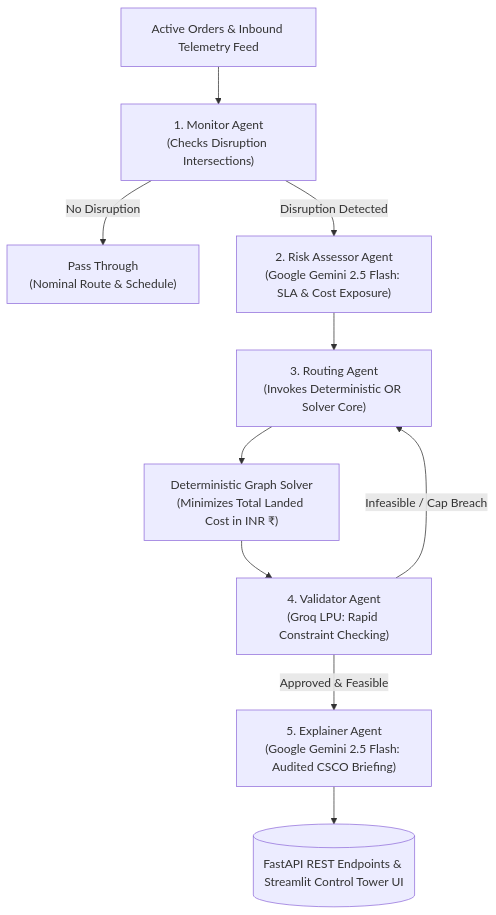
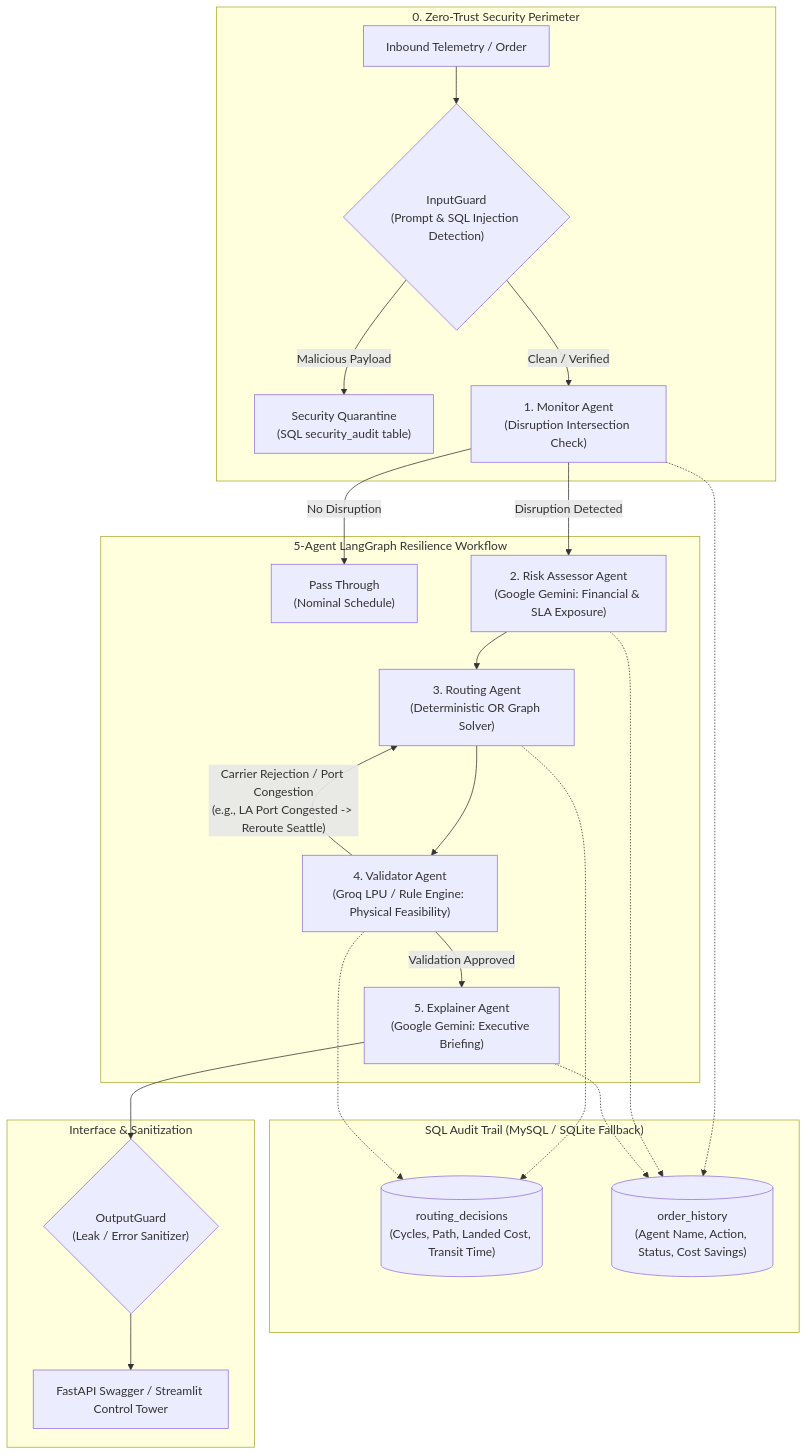
The diagram in README.md (sounakss7/SCM_AGENTIC_WORKFLOW), drawn with Mermaid before and after one commit. The commit also changed other lines of this file and 6 other files, not shown here.

Commit message:
feat: 5-agent LangGraph workflow with carrier self-correction, SQL audit trail, and zero-trust guards

````diff
--- a/README.md
+++ b/README.md
@@ -30,17 +29,32 @@
 ```mermaid
 flowchart TD
-    A["Active Orders & Inbound Telemetry Feed"] --> B["1. Monitor Agent\n(Checks Disruption Intersections)"]
-    
-    B -- "No Disruption" --> C["Pass Through\n(Nominal Route & Schedule)"]
-    B -- "Disruption Detected" --> D["2. Risk Assessor Agent\n(Google Gemini 2.5 Flash: SLA & Cost Exposure)"]
-    
-    D --> E["3. Routing Agent\n(Invokes Deterministic OR Solver Core)"]
-    
-    E --> F["Deterministic Graph Solver\n(Minimizes Total Landed Cost in INR ₹)"]
-    F --> G["4. Validator Agent\n(Groq LPU: Rapid Constraint Checking)"]
-    
-    G -- "Infeasible / Cap Breach" --> E
-    G -- "Approved & Feasible" --> H["5. Explainer Agent\n(Google Gemini 2.5 Flash: Audited CSCO Briefing)"]
-    
-    H --> I[("FastAPI REST Endpoints & Streamlit Control Tower UI")]
+    subgraph Security_Gate["0. Zero-Trust Security Perimeter"]
+        IN["Inbound Telemetry / Order"] --> G_IN{"InputGuard\n(Prompt & SQL Injection Detection)"}
+        G_IN -- "Malicious Payload" --> QUARANTINE["Security Quarantine\n(SQL security_audit table)"]
+        G_IN -- "Clean / Verified" --> N1["1. Monitor Agent\n(Disruption Intersection Check)"]
+    end
+
+    subgraph LangGraph_Core["5-Agent LangGraph Resilience Workflow"]
+        N1 -- "No Disruption" --> PASS["Pass Through\n(Nominal Schedule)"]
+        N1 -- "Disruption Detected" --> N2["2. Risk Assessor Agent\n(Google Gemini: Financial & SLA Exposure)"]
+        
+        N2 --> N3["3. Routing Agent\n(Deterministic OR Graph Solver)"]
+        N3 --> N4["4. Validator Agent\n(Groq LPU / Rule Engine: Physical Feasibility)"]
+        
+        N4 -- "Carrier Rejection / Port Congestion\n(e.g., LA Port Congested -> Reroute Seattle)" --> N3
+        N4 -- "Validation Approved" --> N5["5. Explainer Agent\n(Google Gemini: Executive Briefing)"]
+    end
+
+    subgraph Persistence_Audit["SQL Audit Trail (MySQL / SQLite Fallback)"]
+        N3 -.-> DB1[("routing_decisions\n(Cycles, Path, Landed Cost, Transit Time)")]
+        N4 -.-> DB1
+        N1 -.-> DB2[("order_history\n(Agent Name, Action, Status, Cost Savings)")]
+        N2 -.-> DB2
+        N5 -.-> DB2
+    end
+
+    subgraph Executive_Delivery["Interface & Sanitization"]
+        N5 --> G_OUT{"OutputGuard\n(Leak / Error Sanitizer)"}
+        G_OUT --> UI["FastAPI Swagger / Streamlit Control Tower"]
+    end
 ```
````
